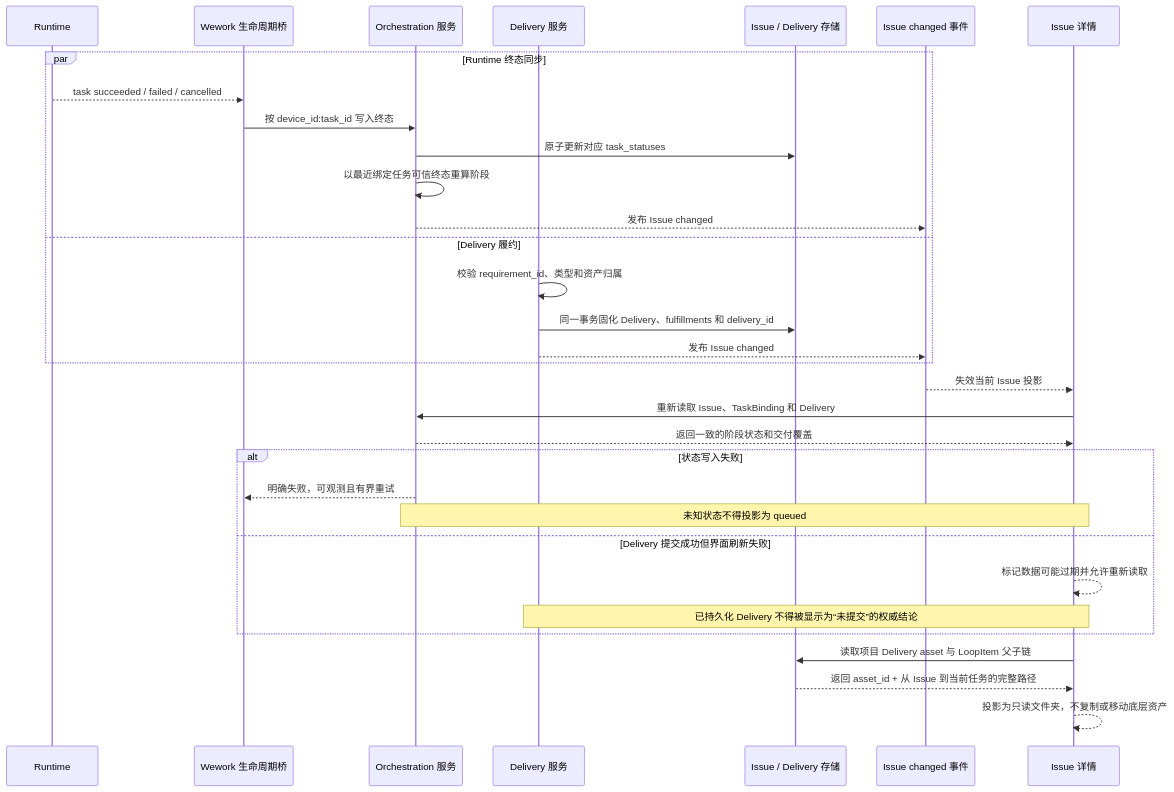
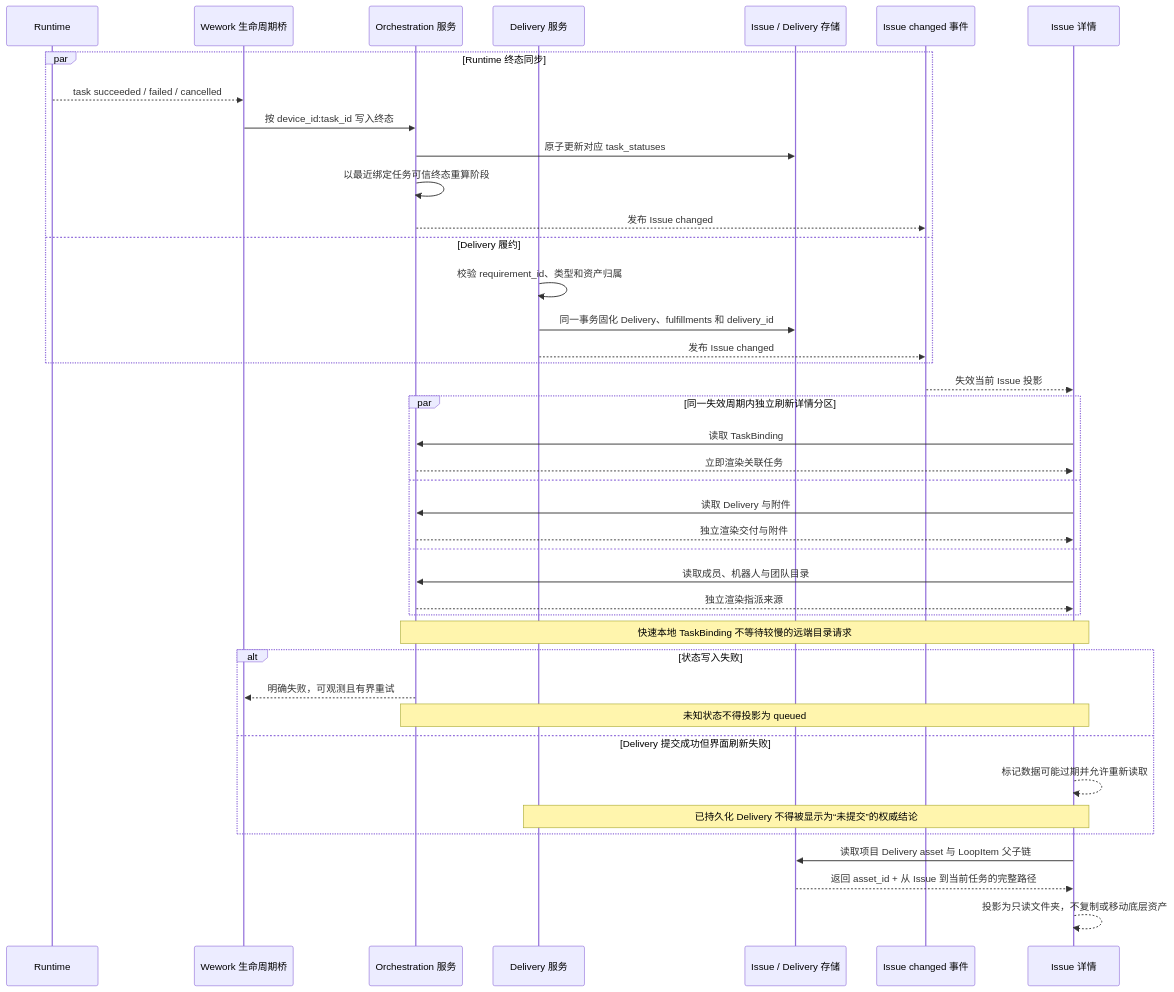
The second of 2 diagrams in i18n/zh/docusaurus-plugin-content-docs/current/architecture/issue-runtime-delivery-projection.md (wecode-ai/wegent-docs), drawn with Mermaid before and after one commit. The commit also changed other lines of this file and 1 other file, not shown here.

Commit message:
Sync documentation from main Wegent repository

````diff
--- a/i18n/zh/docusaurus-plugin-content-docs/current/architecture/issue-runtime-delivery-projection.md
+++ b/i18n/zh/docusaurus-plugin-content-docs/current/architecture/issue-runtime-delivery-projection.md
@@ -38,37 +41,46 @@
 ```mermaid
 sequenceDiagram
     participant R as Runtime
     participant W as Wework 生命周期桥
     participant O as Orchestration 服务
     participant D as Delivery 服务
     participant DB as Issue / Delivery 存储
     participant E as Issue changed 事件
     participant U as Issue 详情
 
     par Runtime 终态同步
         R-->>W: task succeeded / failed / cancelled
         W->>O: 按 device_id:task_id 写入终态
         O->>DB: 原子更新对应 task_statuses
         O->>O: 以最近绑定任务可信终态重算阶段
         O-->>E: 发布 Issue changed
     and Delivery 履约
         D->>D: 校验 requirement_id、类型和资产归属
         D->>DB: 同一事务固化 Delivery、fulfillments 和 delivery_id
         D-->>E: 发布 Issue changed
     end
     E-->>U: 失效当前 Issue 投影
-    U->>O: 重新读取 Issue、TaskBinding 和 Delivery
-    O-->>U: 返回一致的阶段状态和交付覆盖
+    par 同一失效周期内独立刷新详情分区
+        U->>O: 读取 TaskBinding
+        O-->>U: 立即渲染关联任务
+    and
+        U->>O: 读取 Delivery 与附件
+        O-->>U: 独立渲染交付与附件
+    and
+        U->>O: 读取成员、机器人与团队目录
+        O-->>U: 独立渲染指派来源
+    end
+    Note over O,U: 快速本地 TaskBinding 不等待较慢的远端目录请求
 
     alt 状态写入失败
         O-->>W: 明确失败，可观测且有界重试
         Note over O,U: 未知状态不得投影为 queued
     else Delivery 提交成功但界面刷新失败
         U-->>U: 标记数据可能过期并允许重新读取
         Note over D,U: 已持久化 Delivery 不得被显示为“未提交”的权威结论
     end
 
     U->>DB: 读取项目 Delivery asset 与 LoopItem 父子链
     DB-->>U: 返回 asset_id + 从 Issue 到当前任务的完整路径
     U-->>U: 投影为只读文件夹，不复制或移动底层资产
 ```
````
